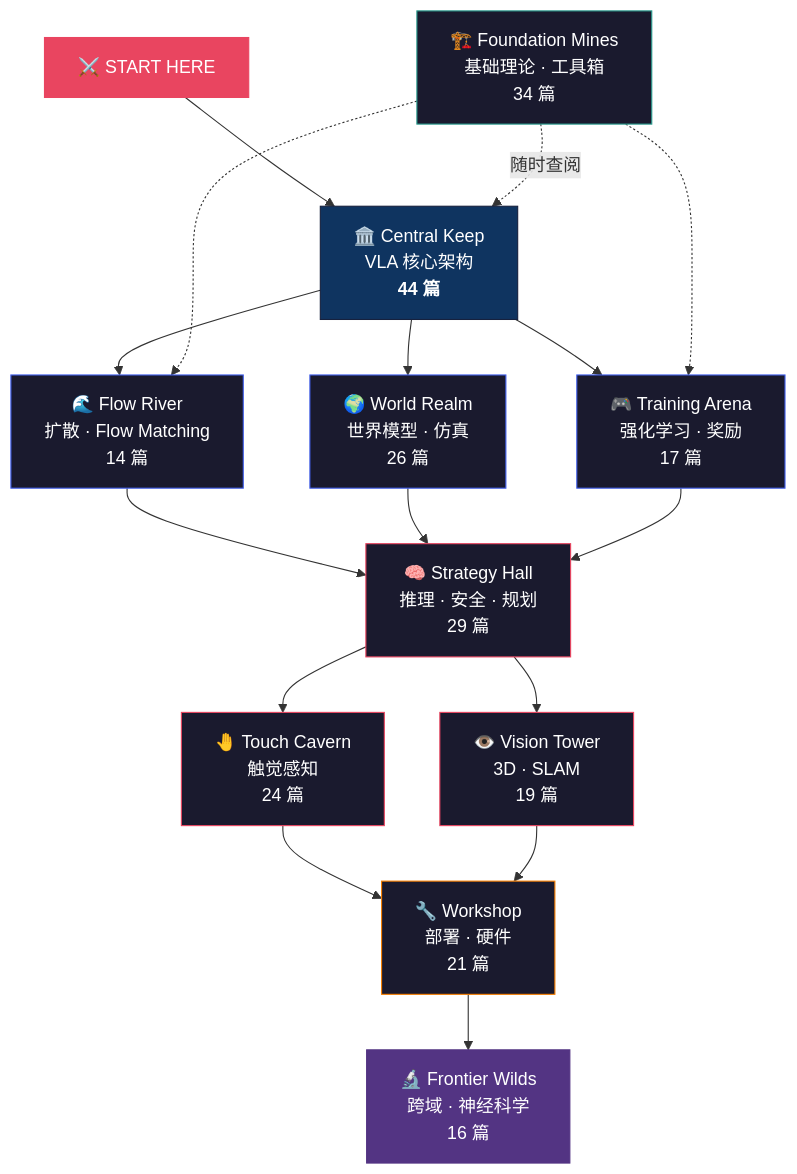
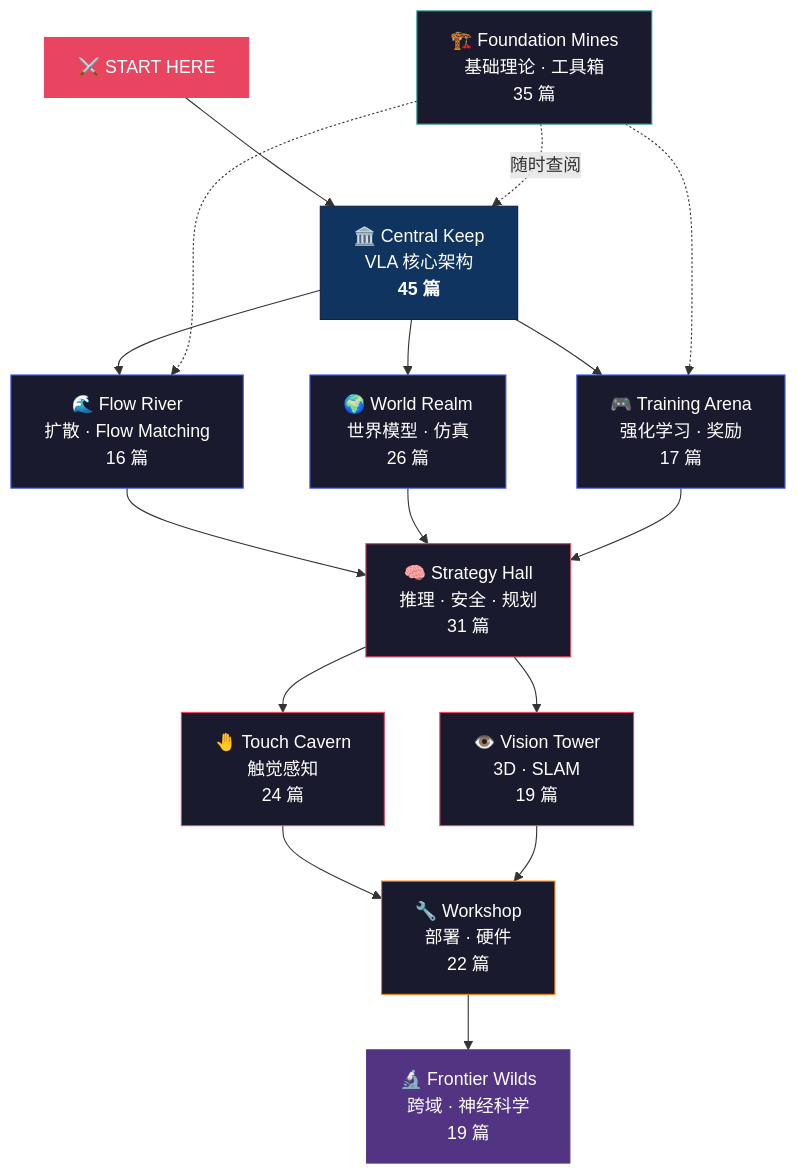
One commit to sou350121/VLA-Handbook changed the diagram in theory/README.md. Above: the diagram before and after it, drawn with Mermaid. The commit also changed other lines of this file and 1 other file, not shown here.

Commit message:
fix(auto): update counts to 254

````diff
--- a/theory/README.md
+++ b/theory/README.md
@@ -27,36 +27,36 @@
 ```mermaid
 graph TD
-    START["⚔️ START HERE"] --> CORE["🏛️ Central Keep<br/>VLA 核心架构<br/><b>44 篇</b>"]
+    START["⚔️ START HERE"] --> CORE["🏛️ Central Keep<br/>VLA 核心架构<br/><b>45 篇</b>"]
 
-    CORE --> FLOW["🌊 Flow River<br/>扩散 · Flow Matching<br/>14 篇"]
+    CORE --> FLOW["🌊 Flow River<br/>扩散 · Flow Matching<br/>16 篇"]
     CORE --> WORLD["🌍 World Realm<br/>世界模型 · 仿真<br/>26 篇"]
     CORE --> RL["🎮 Training Arena<br/>强化学习 · 奖励<br/>17 篇"]
 
-    FLOW --> PLAN["🧠 Strategy Hall<br/>推理 · 安全 · 规划<br/>29 篇"]
+    FLOW --> PLAN["🧠 Strategy Hall<br/>推理 · 安全 · 规划<br/>31 篇"]
     WORLD --> PLAN
     RL --> PLAN
 
     PLAN --> TOUCH["🤚 Touch Cavern<br/>触觉感知<br/>24 篇"]
     PLAN --> EYE["👁️ Vision Tower<br/>3D · SLAM<br/>19 篇"]
 
-    TOUCH --> DEPLOY["🔧 Workshop<br/>部署 · 硬件<br/>21 篇"]
+    TOUCH --> DEPLOY["🔧 Workshop<br/>部署 · 硬件<br/>22 篇"]
     EYE --> DEPLOY
 
-    DEPLOY --> FRONTIER["🔬 Frontier Wilds<br/>跨域 · 神经科学<br/>16 篇"]
+    DEPLOY --> FRONTIER["🔬 Frontier Wilds<br/>跨域 · 神经科学<br/>19 篇"]
 
-    FOUND["🏗️ Foundation Mines<br/>基础理论 · 工具箱<br/>34 篇"] -.->|随时查阅| CORE
+    FOUND["🏗️ Foundation Mines<br/>基础理论 · 工具箱<br/>35 篇"] -.->|随时查阅| CORE
     FOUND -.-> FLOW
     FOUND -.-> RL
 
     style START fill:#e94560,stroke:#e94560,color:#fff
     style CORE fill:#0f3460,stroke:#16213e,color:#fff
     style FLOW fill:#1a1a2e,stroke:#4361ee,color:#fff
     style WORLD fill:#1a1a2e,stroke:#4361ee,color:#fff
     style RL fill:#1a1a2e,stroke:#4361ee,color:#fff
     style PLAN fill:#1a1a2e,stroke:#e94560,color:#fff
     style TOUCH fill:#1a1a2e,stroke:#e94560,color:#fff
     style EYE fill:#1a1a2e,stroke:#e94560,color:#fff
     style DEPLOY fill:#1a1a2e,stroke:#f77f00,color:#fff
     style FRONTIER fill:#533483,stroke:#533483,color:#fff
     style FOUND fill:#1a1a2e,stroke:#2a9d8f,color:#fff
 ```
````
